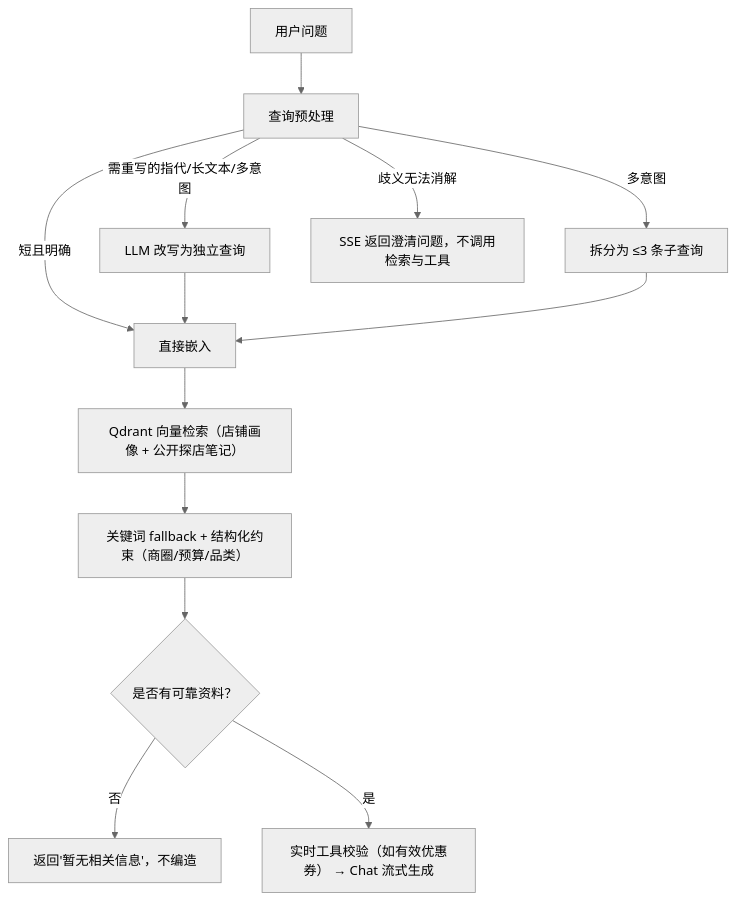
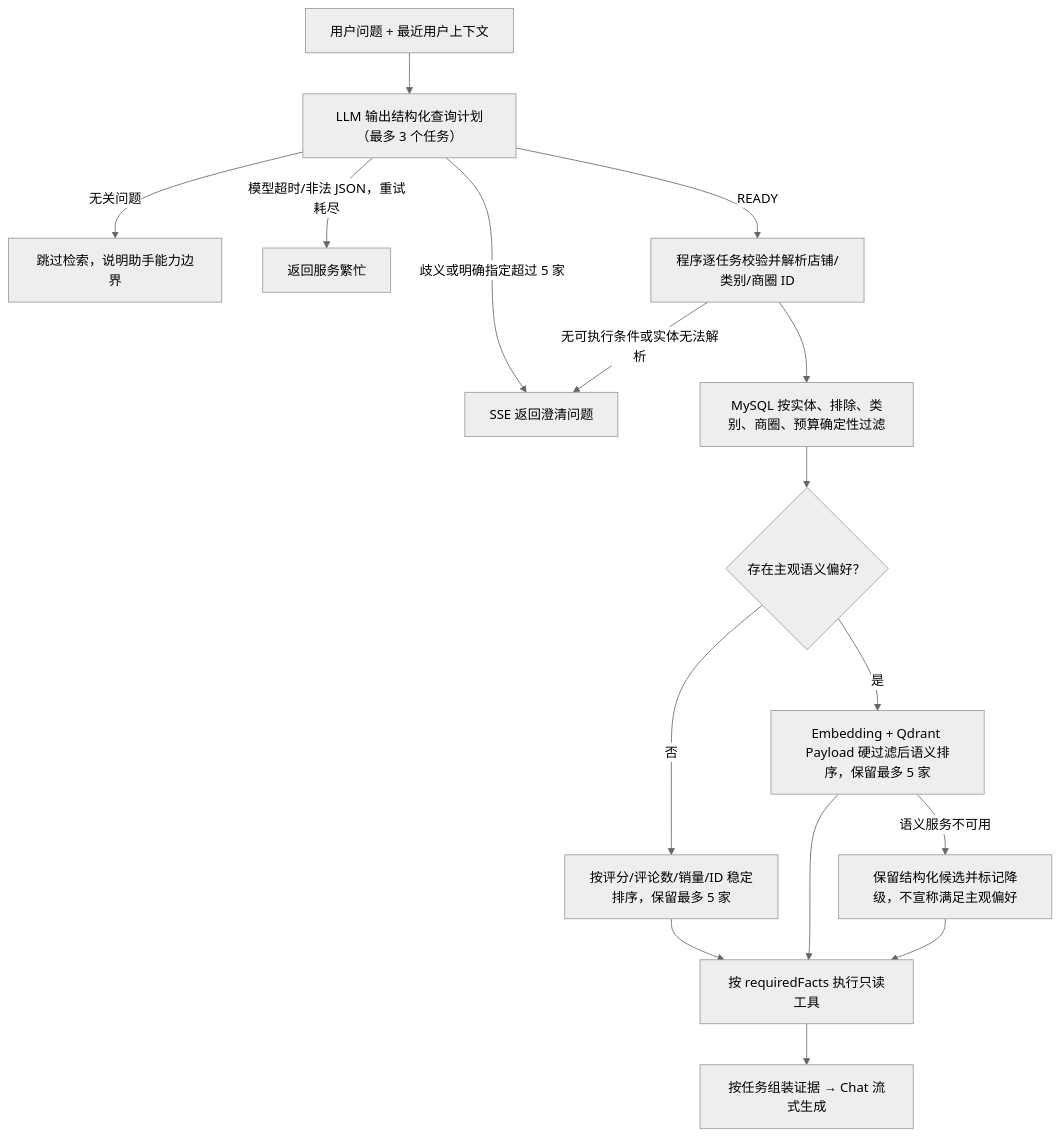
The fourth of 5 diagrams in README.md (llyyyq/niche-review), drawn with Mermaid (neutral theme) before and after one commit. The commit also changed other lines of this file and 96 other files, not shown here.

````diff
--- a/README.md
+++ b/README.md
@@ -191,15 +191,18 @@
 ```mermaid
 flowchart TD
-    A["用户问题"] --> B["查询预处理"]
-    B -- "需重写的指代/长文本/多意图" --> C["LLM 改写为独立查询"]
-    B -- "多意图" --> D["拆分为 ≤3 条子查询"]
-    B -- "歧义无法消解" --> E["SSE 返回澄清问题，不调用检索与工具"]
-    B -- "短且明确" --> F["直接嵌入"]
-    C --> F
-    D --> F
-    F --> G["Qdrant 向量检索（店铺画像 + 公开探店笔记）"]
-    G --> H["关键词 fallback + 结构化约束（商圈/预算/品类）"]
-    H --> I{"是否有可靠资料？"}
-    I -- "否" --> J["返回'暂无相关信息'，不编造"]
-    I -- "是" --> K["实时工具校验（如有效优惠券） → Chat 流式生成"]
+    A["用户问题 + 最近用户上下文"] --> B["LLM 输出结构化查询计划（最多 3 个任务）"]
+    B -- "无关问题" --> C["跳过检索，说明助手能力边界"]
+    B -- "歧义或明确指定超过 5 家" --> D["SSE 返回澄清问题"]
+    B -- "模型超时/非法 JSON，重试耗尽" --> E["返回服务繁忙"]
+    B -- "READY" --> F["程序逐任务校验并解析店铺/类别/商圈 ID"]
+    F -- "无可执行条件或实体无法解析" --> D
+    F --> G["MySQL 按实体、排除、类别、商圈、预算确定性过滤"]
+    G --> H{"存在主观语义偏好？"}
+    H -- "否" --> I["按评分/评论数/销量/ID 稳定排序，保留最多 5 家"]
+    H -- "是" --> J["Embedding + Qdrant Payload 硬过滤后语义排序，保留最多 5 家"]
+    J -- "语义服务不可用" --> K["保留结构化候选并标记降级，不宣称满足主观偏好"]
+    I --> L["按 requiredFacts 执行只读工具"]
+    J --> L
+    K --> L
+    L --> M["按任务组装证据 → Chat 流式生成"]
 ```
````
